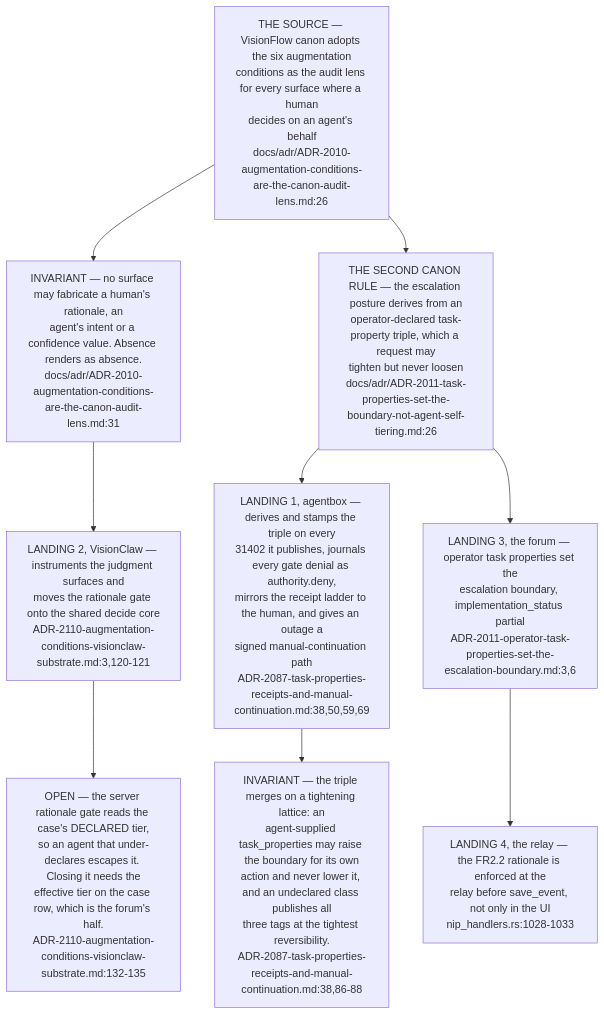
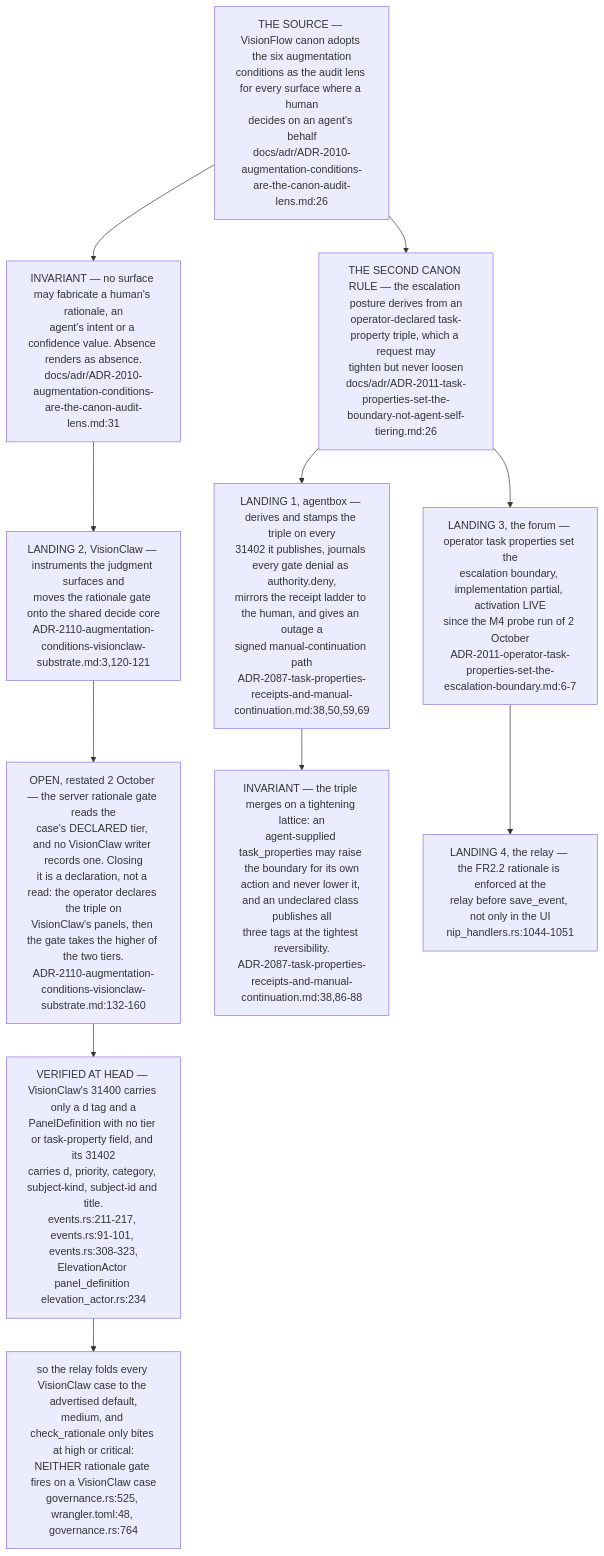
The eighth of 10 diagrams in docs/diagrams/estate/05-governance-loop-across-estate.md (DreamLab-AI/VisionFlow), drawn with Mermaid before and after one commit. The commit also changed other lines of this file and 17 other files, not shown here.

````diff
--- a/docs/diagrams/estate/05-governance-loop-across-estate.md
+++ b/docs/diagrams/estate/05-governance-loop-across-estate.md
@@ -217,24 +228,27 @@
 ```mermaid
 flowchart TB
     CANON["THE SOURCE — VisionFlow canon adopts the six augmentation<br/>conditions as the audit lens for every surface where a human<br/>decides on an agent's behalf<br/>docs/adr/ADR-2010-augmentation-conditions-are-the-canon-audit-lens.md:26"]
     RULE["INVARIANT — no surface may fabricate a human's rationale, an<br/>agent's intent or a confidence value. Absence renders as absence.<br/>docs/adr/ADR-2010-augmentation-conditions-are-the-canon-audit-lens.md:31"]
     BOUND["THE SECOND CANON RULE — the escalation posture derives from an<br/>operator-declared task-property triple, which a request may<br/>tighten but never loosen<br/>docs/adr/ADR-2011-task-properties-set-the-boundary-not-agent-self-tiering.md:26"]
     CANON --> RULE
     CANON --> BOUND
 
     AB["LANDING 1, agentbox — derives and stamps the triple on every<br/>31402 it publishes, journals every gate denial as authority.deny,<br/>mirrors the receipt ladder to the human, and gives an outage a<br/>signed manual-continuation path<br/>ADR-2087-task-properties-receipts-and-manual-continuation.md:38,50,59,69"]
     VC["LANDING 2, VisionClaw — instruments the judgment surfaces and<br/>moves the rationale gate onto the shared decide core<br/>ADR-2110-augmentation-conditions-visionclaw-substrate.md:3,120-121"]
-    FRM["LANDING 3, the forum — operator task properties set the<br/>escalation boundary, implementation_status partial<br/>ADR-2011-operator-task-properties-set-the-escalation-boundary.md:3,6"]
-    REL["LANDING 4, the relay — the FR2.2 rationale is enforced at the<br/>relay before save_event, not only in the UI<br/>nip_handlers.rs:1028-1033"]
+    FRM["LANDING 3, the forum — operator task properties set the<br/>escalation boundary, implementation partial, activation LIVE<br/>since the M4 probe run of 2 October<br/>ADR-2011-operator-task-properties-set-the-escalation-boundary.md:6-7"]
+    REL["LANDING 4, the relay — the FR2.2 rationale is enforced at the<br/>relay before save_event, not only in the UI<br/>nip_handlers.rs:1044-1051"]
 
     BOUND --> AB
     RULE --> VC
     BOUND --> FRM
     FRM --> REL
 
-    OPEN["OPEN — the server rationale gate reads the case's DECLARED tier,<br/>so an agent that under-declares escapes it. Closing it needs the<br/>effective tier on the case row, which is the forum's half.<br/>ADR-2110-augmentation-conditions-visionclaw-substrate.md:132-135"]
+    OPEN["OPEN, restated 2 October — the server rationale gate reads the<br/>case's DECLARED tier, and no VisionClaw writer records one. Closing<br/>it is a declaration, not a read: the operator declares the triple on<br/>VisionClaw's panels, then the gate takes the higher of the two tiers.<br/>ADR-2110-augmentation-conditions-visionclaw-substrate.md:132-160"]
+    NOTIER["VERIFIED AT HEAD — VisionClaw's 31400 carries only a d tag and a<br/>PanelDefinition with no tier or task-property field, and its 31402<br/>carries d, priority, category, subject-kind, subject-id and title.<br/>events.rs:211-217, events.rs:91-101, events.rs:308-323,<br/>ElevationActor panel_definition elevation_actor.rs:234"]
+    MED["so the relay folds every VisionClaw case to the advertised default,<br/>medium, and check_rationale only bites at high or critical:<br/>NEITHER rationale gate fires on a VisionClaw case<br/>governance.rs:525, wrangler.toml:48, governance.rs:764"]
+    OPEN --> NOTIER --> MED
     VC --> OPEN
 
     TIGHT["INVARIANT — the triple merges on a tightening lattice: an<br/>agent-supplied task_properties may raise the boundary for its own<br/>action and never lower it, and an undeclared class publishes all<br/>three tags at the tightest reversibility.<br/>ADR-2087-task-properties-receipts-and-manual-continuation.md:38,86-88"]
     AB --> TIGHT
 ```
````
